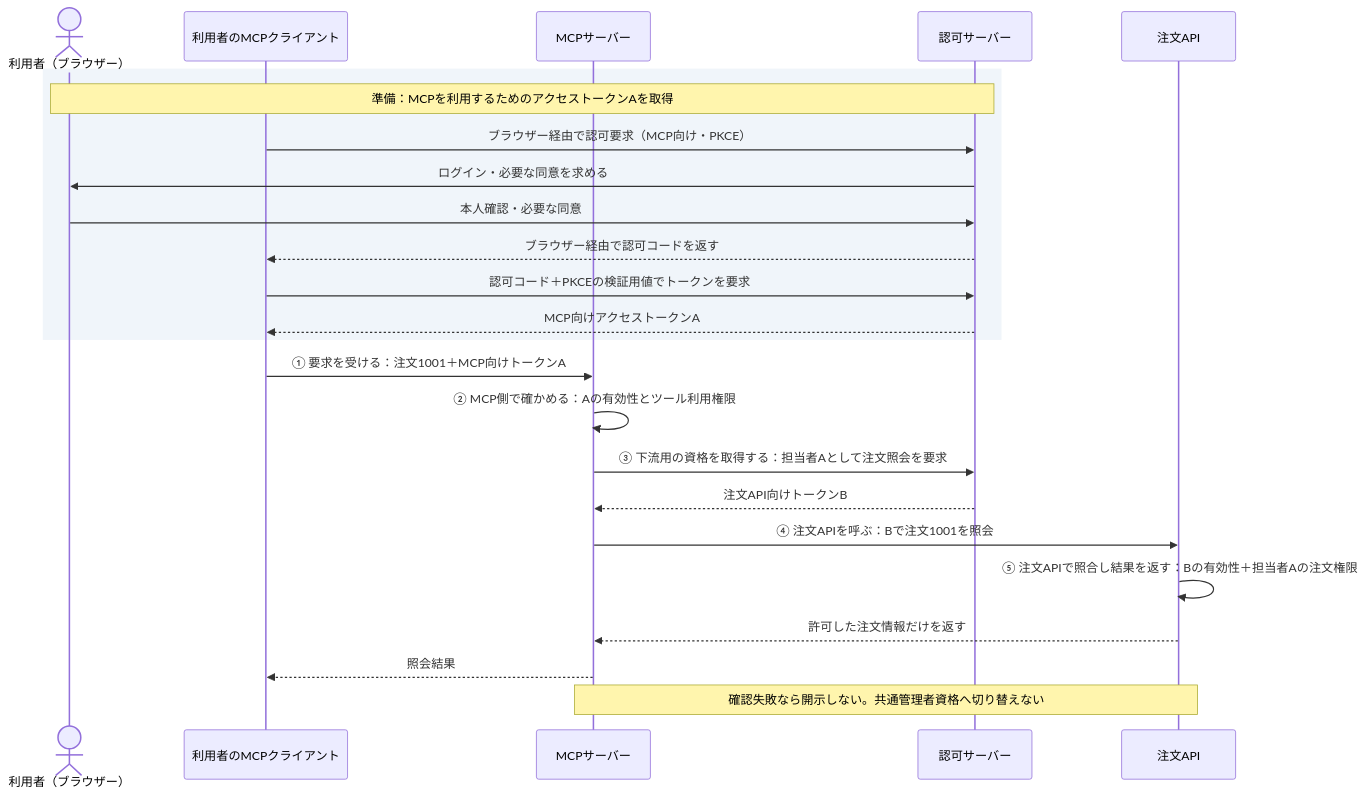
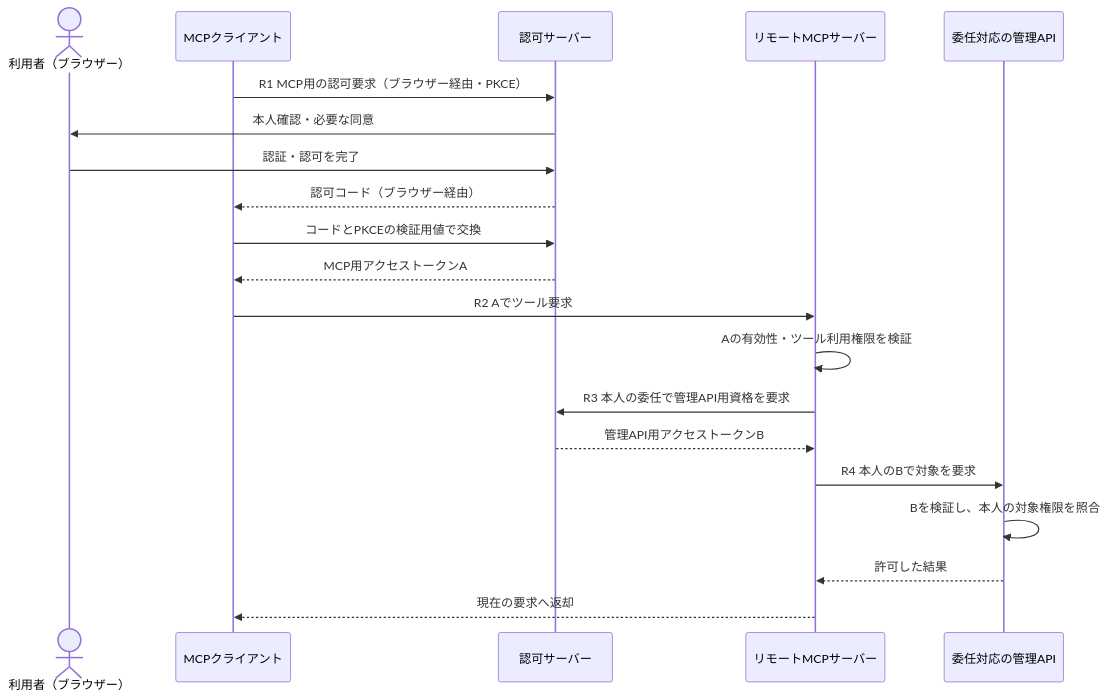
Before and after one commit to DharmaDoll/ai-security-foundry: the second of 2 diagrams in engineering/domains/mcp/audience-bound-downstream-delegation/README.md, drawn with Mermaid. The commit also changed other lines of this file and 11 other files, not shown here.

Commit message:
docs: prioritize architecture choices and rework MCP pattern

````diff
--- a/engineering/domains/mcp/audience-bound-downstream-delegation/README.md
+++ b/engineering/domains/mcp/audience-bound-downstream-delegation/README.md
@@ -67,26 +146,22 @@
 ```mermaid
 sequenceDiagram
     actor User as 利用者（ブラウザー）
-    participant Client as 利用者のMCPクライアント
-    participant MCP as MCPサーバー
+    participant Client as MCPクライアント
     participant Auth as 認可サーバー
-    participant API as 注文API
-    rect rgb(240, 245, 250)
-    Note over User,Auth: 準備：MCPを利用するためのアクセストークンAを取得
-    Client->>Auth: ブラウザー経由で認可要求（MCP向け・PKCE）
-    Auth->>User: ログイン・必要な同意を求める
-    User->>Auth: 本人確認・必要な同意
-    Auth-->>Client: ブラウザー経由で認可コードを返す
-    Client->>Auth: 認可コード＋PKCEの検証用値でトークンを要求
-    Auth-->>Client: MCP向けアクセストークンA
-    end
-    Client->>MCP: ① 要求を受ける：注文1001＋MCP向けトークンA
-    MCP->>MCP: ② MCP側で確かめる：Aの有効性とツール利用権限
-    MCP->>Auth: ③ 下流用の資格を取得する：担当者Aとして注文照会を要求
-    Auth-->>MCP: 注文API向けトークンB
-    MCP->>API: ④ 注文APIを呼ぶ：Bで注文1001を照会
-    API->>API: ⑤ 注文APIで照合し結果を返す：Bの有効性＋担当者Aの注文権限
-    API-->>MCP: 許可した注文情報だけを返す
-    MCP-->>Client: 照会結果
-    Note over MCP,API: 確認失敗なら開示しない。共通管理者資格へ切り替えない
+    participant Remote as リモートMCPサーバー
+    participant API as 委任対応の管理API
+    Client->>Auth: R1 MCP用の認可要求（ブラウザー経由・PKCE）
+    Auth->>User: 本人確認・必要な同意
+    User->>Auth: 認証・認可を完了
+    Auth-->>Client: 認可コード（ブラウザー経由）
+    Client->>Auth: コードとPKCEの検証用値で交換
+    Auth-->>Client: MCP用アクセストークンA
+    Client->>Remote: R2 Aでツール要求
+    Remote->>Remote: Aの有効性・ツール利用権限を検証
+    Remote->>Auth: R3 本人の委任で管理API用資格を要求
+    Auth-->>Remote: 管理API用アクセストークンB
+    Remote->>API: R4 本人のBで対象を要求
+    API->>API: Bを検証し、本人の対象権限を照合
+    API-->>Remote: 許可した結果
+    Remote-->>Client: 現在の要求へ返却
 ```
````
